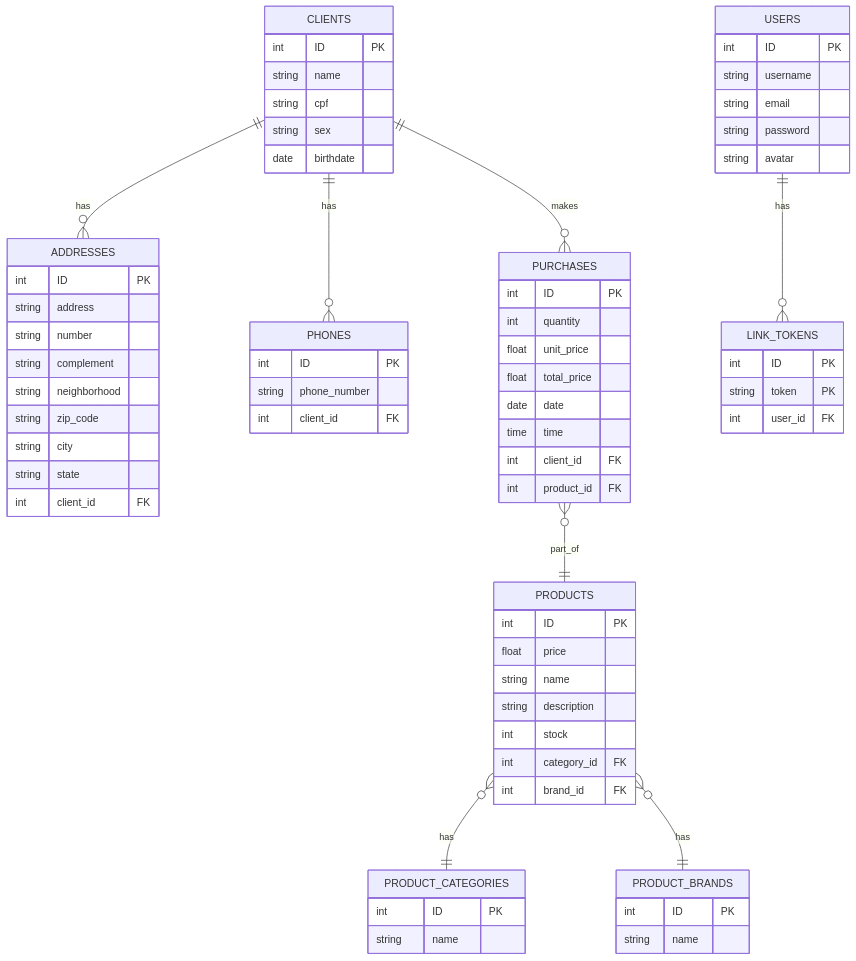
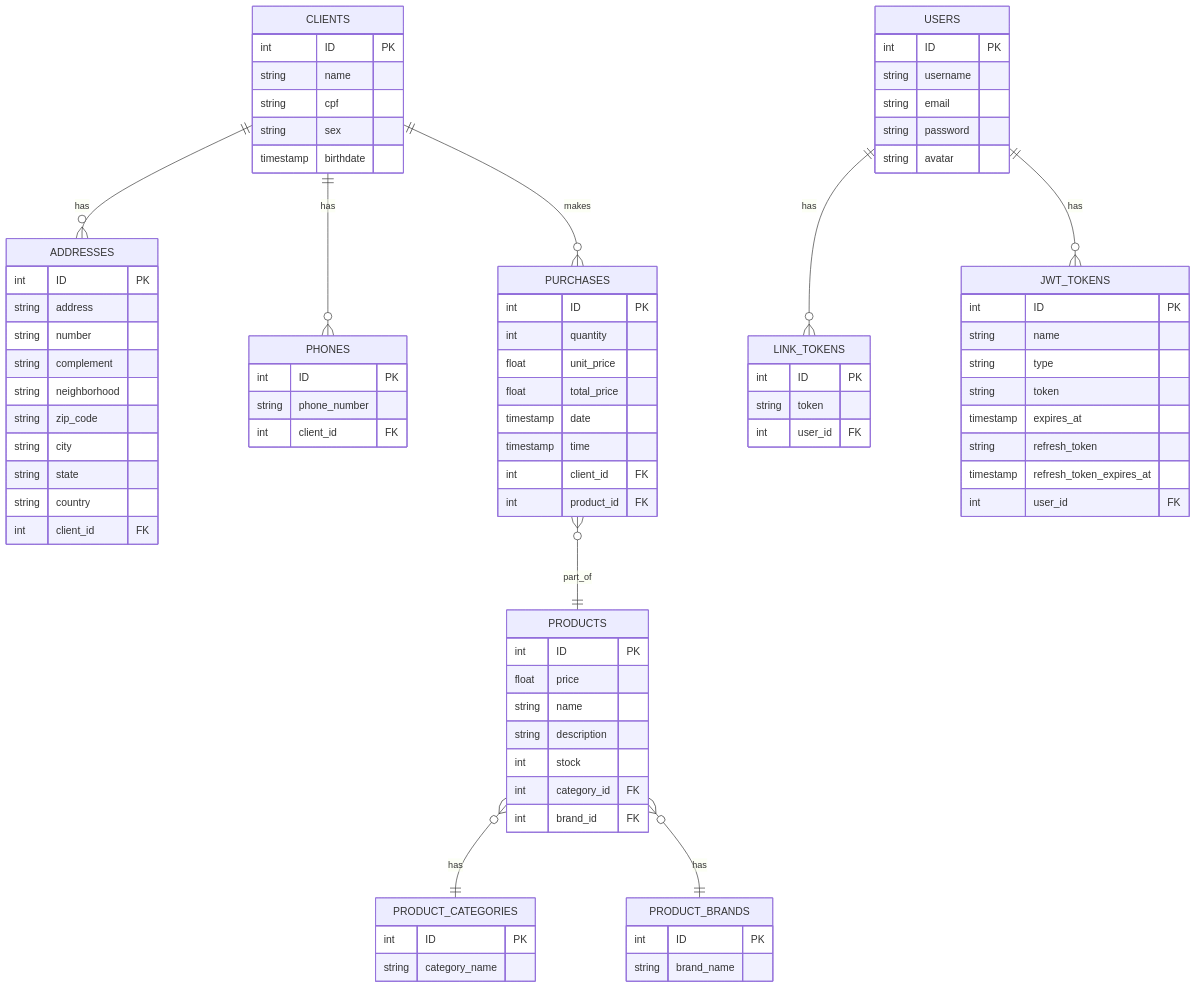
Before and after one commit to andreresende36/comercial-api: the diagram in ER-diagram .md, drawn with Mermaid.

Commit message:
feat: :adhesive_bandage: fix er diagram

````diff
--- a/ER-diagram .md
+++ b/ER-diagram .md
@@ -7,15 +7,12 @@
         string password
         string avatar
     }
-    %% SESSIONS {
-    %%     int ID PK
-    %% }
     CLIENTS {
         int ID PK
         string name
         string cpf
         string sex
-        date birthdate
+        timestamp birthdate
     }
     ADDRESSES {
         int ID PK
@@ -26,6 +23,7 @@
         string zip_code
         string city
         string state
+        string country
         int client_id FK
     }
     PHONES {
@@ -44,25 +42,35 @@
     }
     PRODUCT_CATEGORIES {
         int ID PK
-        string name
+        string category_name
     }
     PRODUCT_BRANDS {
         int ID PK
-        string name
+        string brand_name
     }
     PURCHASES {
         int ID PK
         int quantity
         float unit_price
         float total_price
-        date date
-        time time
+        timestamp date
+        timestamp time
         int client_id FK
         int product_id FK
     }
     LINK_TOKENS {
         int ID PK
-        string token PK
+        string token
+        int user_id FK
+    }
+    JWT_TOKENS {
+        int ID PK
+        string name
+        string type
+        string token
+        timestamp expires_at
+        string refresh_token
+        timestamp refresh_token_expires_at
         int user_id FK
     }
 
@@ -73,4 +81,5 @@
     PRODUCTS }o--|| PRODUCT_CATEGORIES : has
     PRODUCTS }o--|| PRODUCT_BRANDS : has
     USERS ||--o{ LINK_TOKENS : has
+    USERS ||--o{ JWT_TOKENS : has
 ```
````
